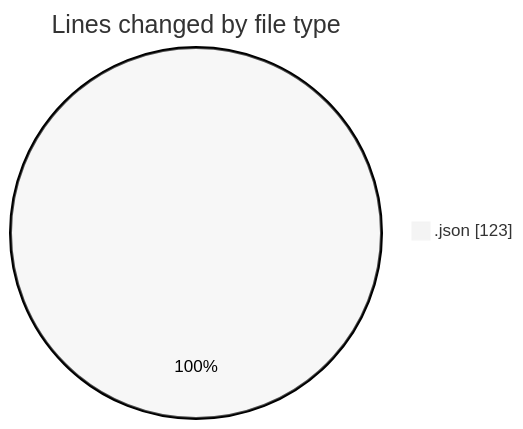
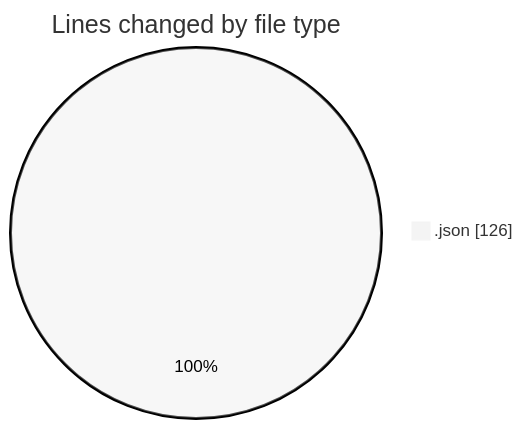
The first of 2 diagrams in 2025-07-24/_claude/README.md (EIIisD/code-tracking), drawn with Mermaid (neutral theme) before and after one commit. The commit also changed other lines of this file and 1 other file, not shown here.

````diff
--- a/2025-07-24/_claude/README.md
+++ b/2025-07-24/_claude/README.md
@@ -20,5 +20,5 @@
 ```mermaid
 pie showData
 title Lines changed by file type
-".json" : 123
+".json" : 126
 ```
````
